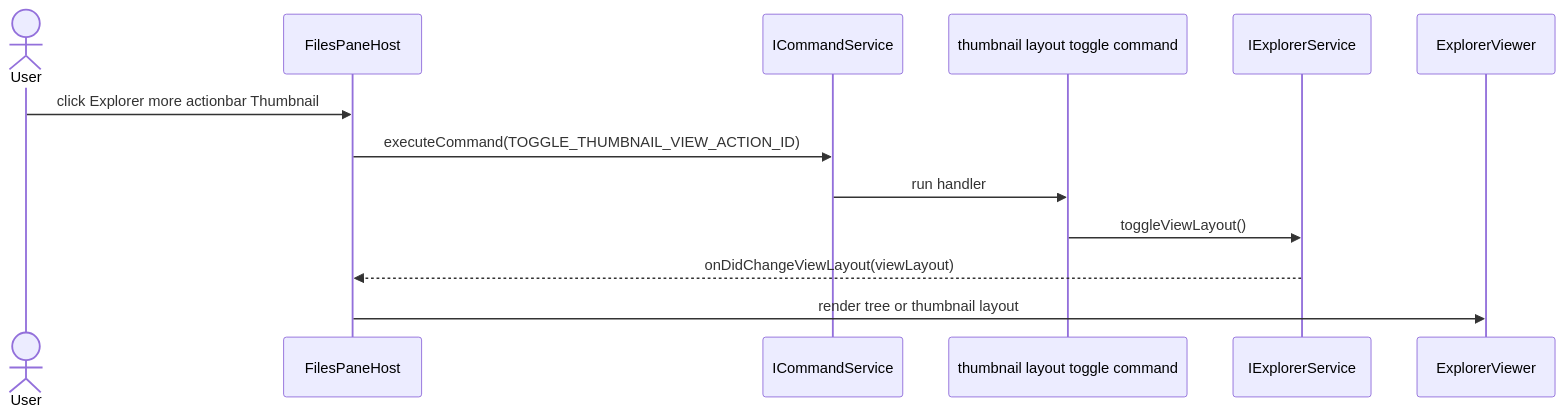
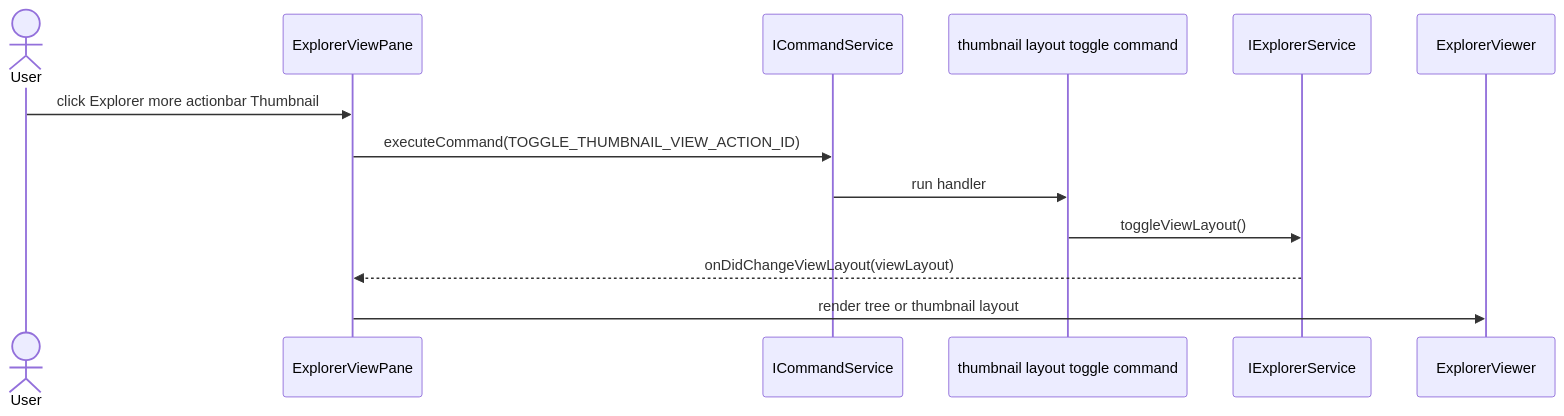
The sixth of 6 diagrams in .github/instructions/files.instructions.md (chogng/conductor), drawn with Mermaid before and after one commit. The commit also changed other lines of this file and 44 other files, not shown here.

Commit message:
fix: align files explorer architecture

````diff
--- a/.github/instructions/files.instructions.md
+++ b/.github/instructions/files.instructions.md
@@ -357,15 +384,15 @@
 ```mermaid
 sequenceDiagram
     actor User
-    participant FilesPaneHost
+    participant ExplorerViewPane
     participant CommandService as ICommandService
     participant ThumbnailCommand as thumbnail layout toggle command
     participant ExplorerService as IExplorerService
 
-    User->>FilesPaneHost: click Explorer more actionbar Thumbnail
-    FilesPaneHost->>CommandService: executeCommand(TOGGLE_THUMBNAIL_VIEW_ACTION_ID)
+    User->>ExplorerViewPane: click Explorer more actionbar Thumbnail
+    ExplorerViewPane->>CommandService: executeCommand(TOGGLE_THUMBNAIL_VIEW_ACTION_ID)
     CommandService->>ThumbnailCommand: run handler
     ThumbnailCommand->>ExplorerService: toggleViewLayout()
-    ExplorerService-->>FilesPaneHost: onDidChangeViewLayout(viewLayout)
-    FilesPaneHost->>ExplorerViewer: render tree or thumbnail layout
+    ExplorerService-->>ExplorerViewPane: onDidChangeViewLayout(viewLayout)
+    ExplorerViewPane->>ExplorerViewer: render tree or thumbnail layout
 ```
````
